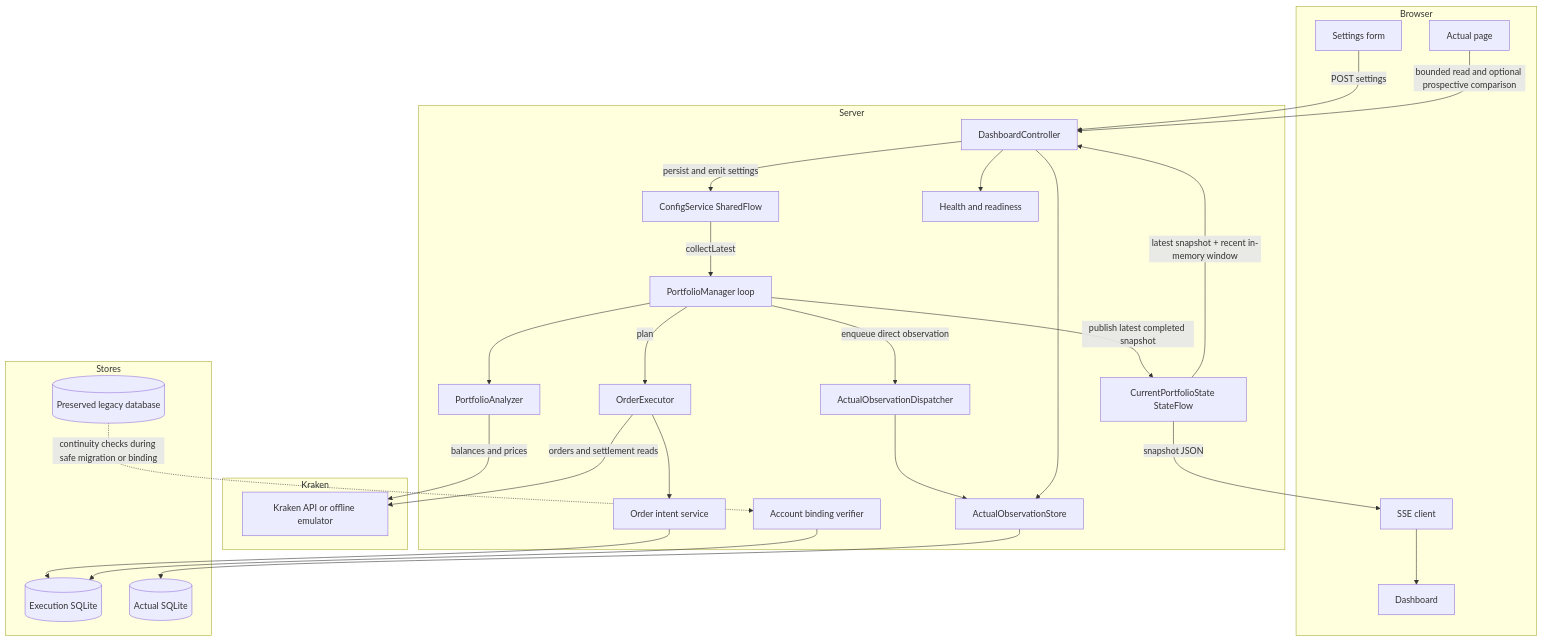
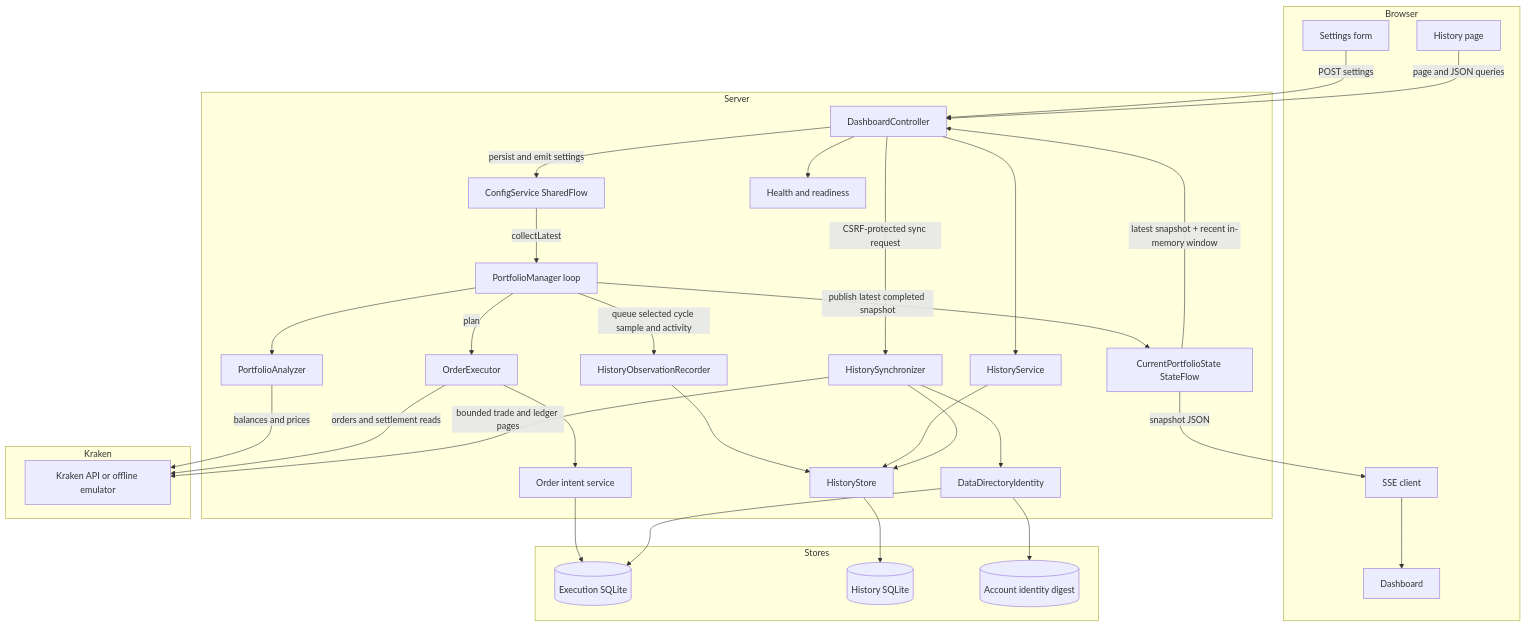
Before and after one commit to HyperVon/new-kraken-rebalancer: the first of 3 diagrams in docs/FLOWS.md, drawn with Mermaid. The commit also changed other lines of this file and 213 other files, not shown here.

First line of the commit message:
feat: restore account-scoped History (#414)

````diff
--- a/docs/FLOWS.md
+++ b/docs/FLOWS.md
@@ -18,55 +18,62 @@
 ```mermaid
 flowchart TB
     subgraph Browser
         Settings[Settings form]
         Dashboard[Dashboard]
         SSE[SSE client]
-        Actual[Actual page]
+        History[History page]
     end
 
     subgraph Server
         Controller[DashboardController]
         Config[ConfigService SharedFlow]
         Manager[PortfolioManager loop]
         Analyzer[PortfolioAnalyzer]
         Executor[OrderExecutor]
         Current[CurrentPortfolioState StateFlow]
-        ActualDispatcher[ActualObservationDispatcher]
-        ActualStore[ActualObservationStore]
+        Recorder[HistoryObservationRecorder]
+        Synchronizer[HistorySynchronizer]
+        HistoryService[HistoryService]
+        HistoryStore[HistoryStore]
         OrderIntent[Order intent service]
-        Binding[Account binding verifier]
+        Identity[DataDirectoryIdentity]
         Health[Health and readiness]
     end
 
     subgraph Kraken
         Exchange[Kraken API or offline emulator]
     end
 
     subgraph Stores
         ExecutionDB[(Execution SQLite)]
-        ActualDB[(Actual SQLite)]
-        LegacyDB[(Preserved legacy database)]
+        HistoryDB[(History SQLite)]
+        IdentityFile[(Account identity digest)]
     end
 
     Settings -->|POST settings| Controller
     Controller -->|persist and emit settings| Config
     Config -->|collectLatest| Manager
     Manager --> Analyzer
     Analyzer -->|balances and prices| Exchange
     Manager -->|plan| Executor
     Executor -->|orders and settlement reads| Exchange
     Executor --> OrderIntent
     OrderIntent --> ExecutionDB
+    Manager -->|queue selected cycle sample and activity| Recorder
+    Recorder --> HistoryStore
+    HistoryService --> HistoryStore
+    HistoryStore --> HistoryDB
+    History -->|page and JSON queries| Controller
+    Controller --> HistoryService
+    Controller -->|CSRF-protected sync request| Synchronizer
+    Synchronizer -->|bounded trade and ledger pages| Exchange
+    Synchronizer --> HistoryStore
+    Synchronizer --> Identity
+    Identity --> IdentityFile
     Manager -->|publish latest completed snapshot| Current
-Current -->|latest snapshot + recent in-memory window| Controller
+    Current -->|latest snapshot + recent in-memory window| Controller
     Current -->|snapshot JSON| SSE
     SSE --> Dashboard
-    Manager -->|enqueue direct observation| ActualDispatcher
-    ActualDispatcher --> ActualStore
-    ActualStore --> ActualDB
-    Actual -->|bounded read and optional prospective comparison| Controller
-    Controller --> ActualStore
     Controller --> Health
-    LegacyDB -.->|continuity checks during safe migration or binding| Binding
-    Binding --> ExecutionDB
+    Identity --> ExecutionDB
 ```
````
